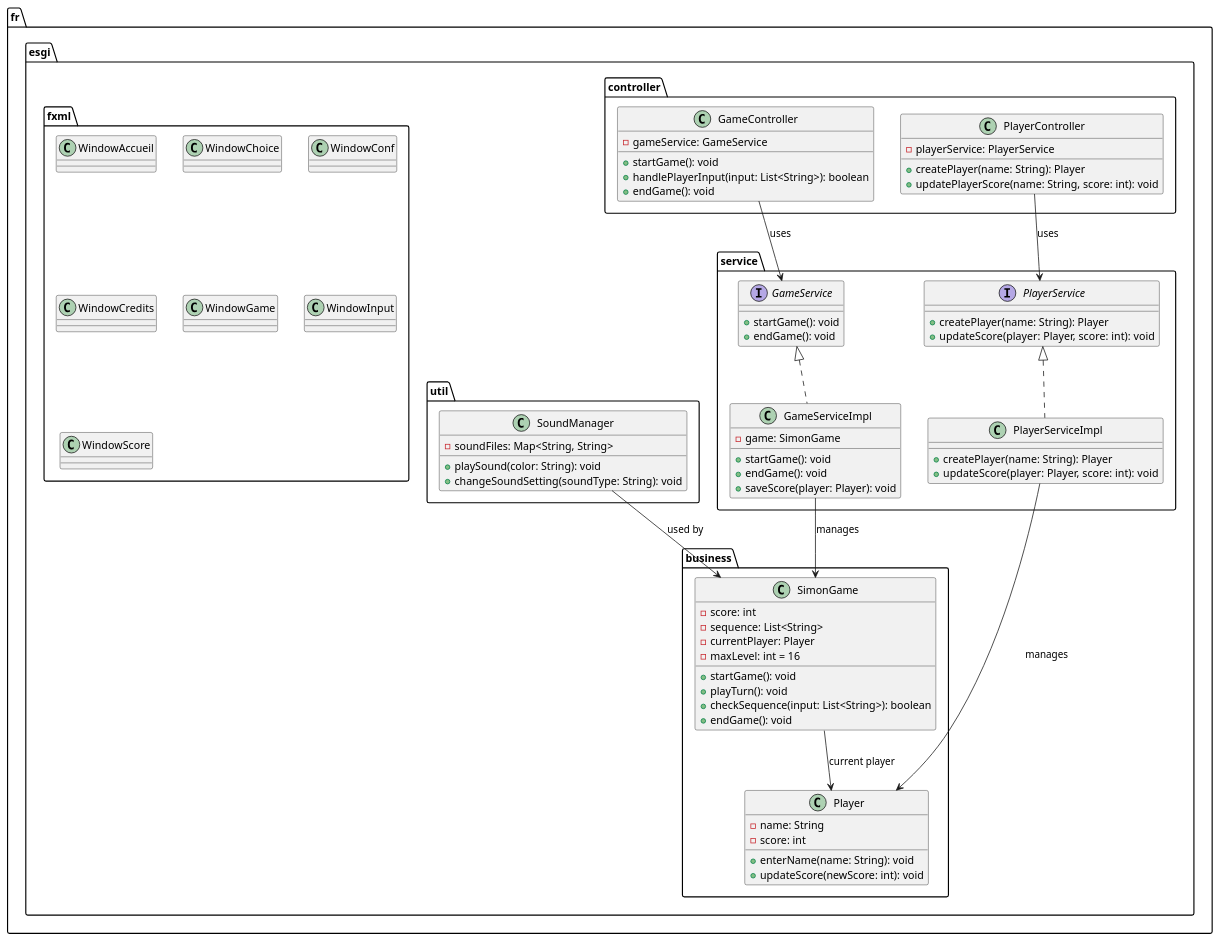
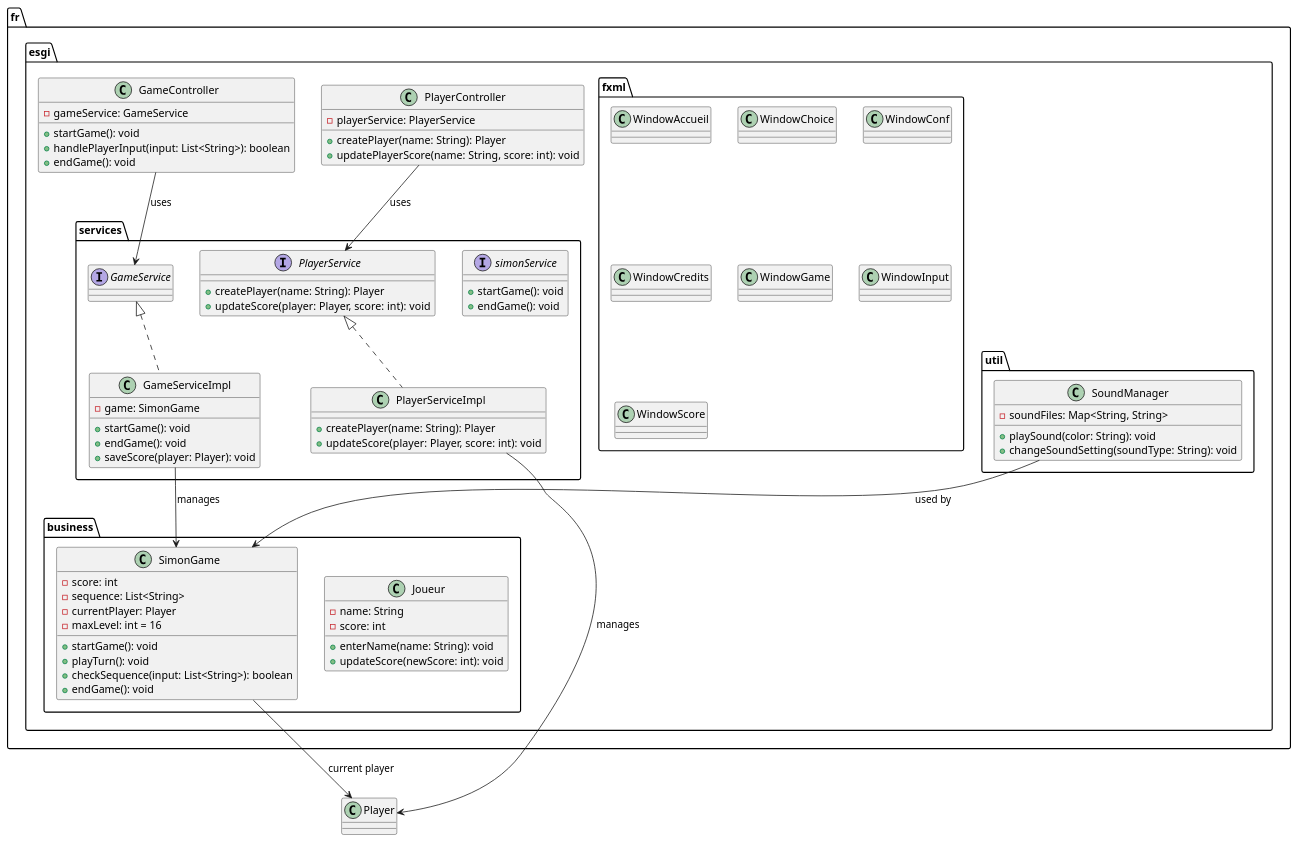
The diagram in src/main/resources/uml/simon.puml (Crtmetton/simon), drawn with PlantUML before and after one commit.

```diff
--- a/src/main/resources/uml/simon.puml
+++ b/src/main/resources/uml/simon.puml
@@ -1,87 +1,87 @@
 @startuml
 
 package fr.esgi.business {
-  class Player {
+  class Joueur {
     - name: String
     - score: int
     + enterName(name: String): void
     + updateScore(newScore: int): void
   }
 
   class SimonGame {
     - score: int
     - sequence: List<String>
     - currentPlayer: Player
     - maxLevel: int = 16
     + startGame(): void
     + playTurn(): void
     + checkSequence(input: List<String>): boolean
     + endGame(): void
   }
 }
 
-package fr.esgi.service {
-  interface GameService {
+package fr.esgi.services {
+  interface simonService {
     + startGame(): void
     + endGame(): void
   }
 
   class GameServiceImpl implements GameService {
     - game: SimonGame
     + startGame(): void
     + endGame(): void
     + saveScore(player: Player): void
   }
 
   interface PlayerService {
     + createPlayer(name: String): Player
     + updateScore(player: Player, score: int): void
   }
 
   class PlayerServiceImpl implements PlayerService {
     + createPlayer(name: String): Player
     + updateScore(player: Player, score: int): void
   }
 }
 
-package fr.esgi.controller {
+package fr.esgi {
   class GameController {
     - gameService: GameService
     + startGame(): void
     + handlePlayerInput(input: List<String>): boolean
     + endGame(): void
   }
 
   class PlayerController {
     - playerService: PlayerService
     + createPlayer(name: String): Player
     + updatePlayerScore(name: String, score: int): void
   }
 }
 
 package fr.esgi.util {
   class SoundManager {
     - soundFiles: Map<String, String>
     + playSound(color: String): void
     + changeSoundSetting(soundType: String): void
   }
 }
 
 package fr.esgi.fxml {
   class WindowAccueil {}
   class WindowChoice {}
   class WindowConf {}
   class WindowCredits {}
   class WindowGame {}
   class WindowInput {}
   class WindowScore {}
 }
 
 SimonGame --> Player : current player
 GameServiceImpl --> SimonGame : manages
 PlayerServiceImpl --> Player : manages
 GameController --> GameService : uses
 PlayerController --> PlayerService : uses
 SoundManager --> SimonGame : used by
 
 @enduml
```
